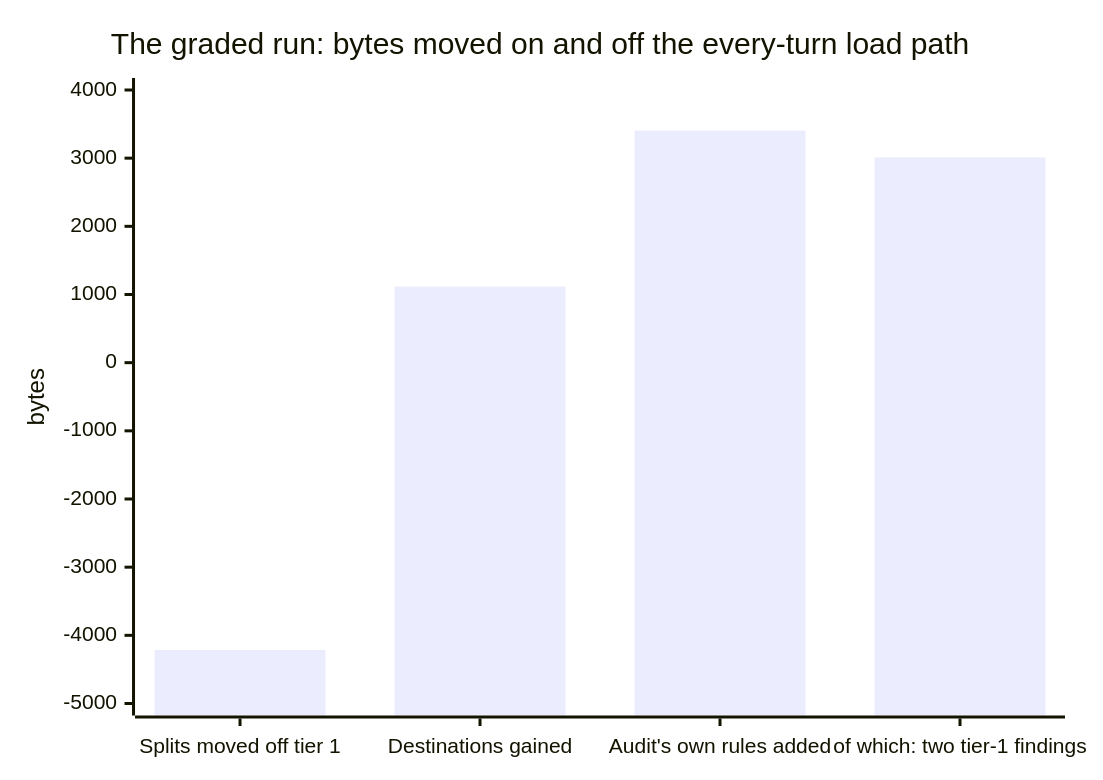
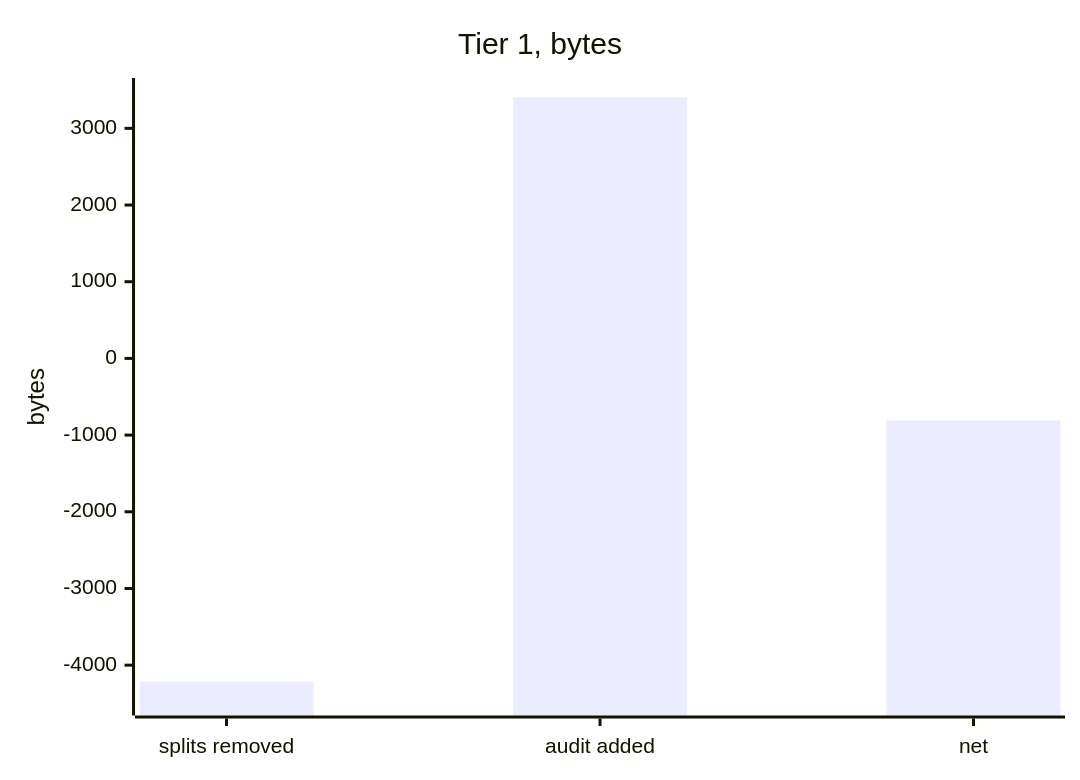
The second of 3 diagrams in README.md (uchimata2/ecoctx), drawn with Mermaid before and after one commit. The commit also changed other lines of this file and 1 other file, not shown here.

````diff
--- a/README.md
+++ b/README.md
@@ -47,7 +32,7 @@
 ```mermaid
 xychart-beta
-    title "The graded run: bytes moved on and off the every-turn load path"
-    x-axis ["Splits moved off tier 1", "Destinations gained", "Audit's own rules added", "of which: two tier-1 findings"]
-    y-axis "bytes" -5000 --> 4000
-    bar [-4214, 1117, 3405, 3012]
+    title "Tier 1, bytes"
+    x-axis ["splits removed", "audit added", "net"]
+    y-axis "bytes" -4500 --> 3500
+    bar [-4214, 3405, -809]
 ```
````
